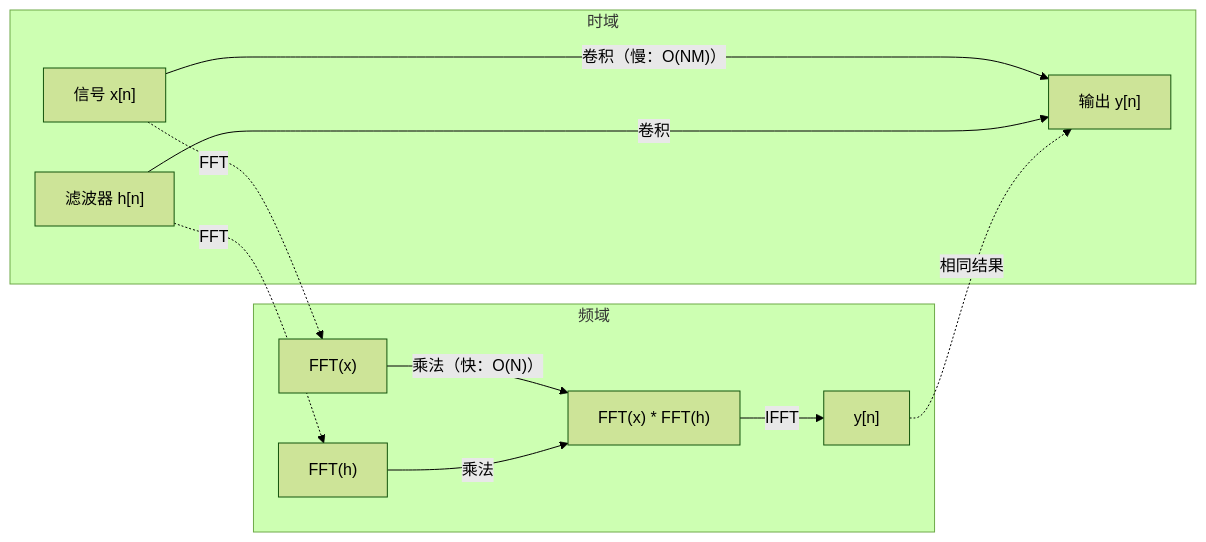
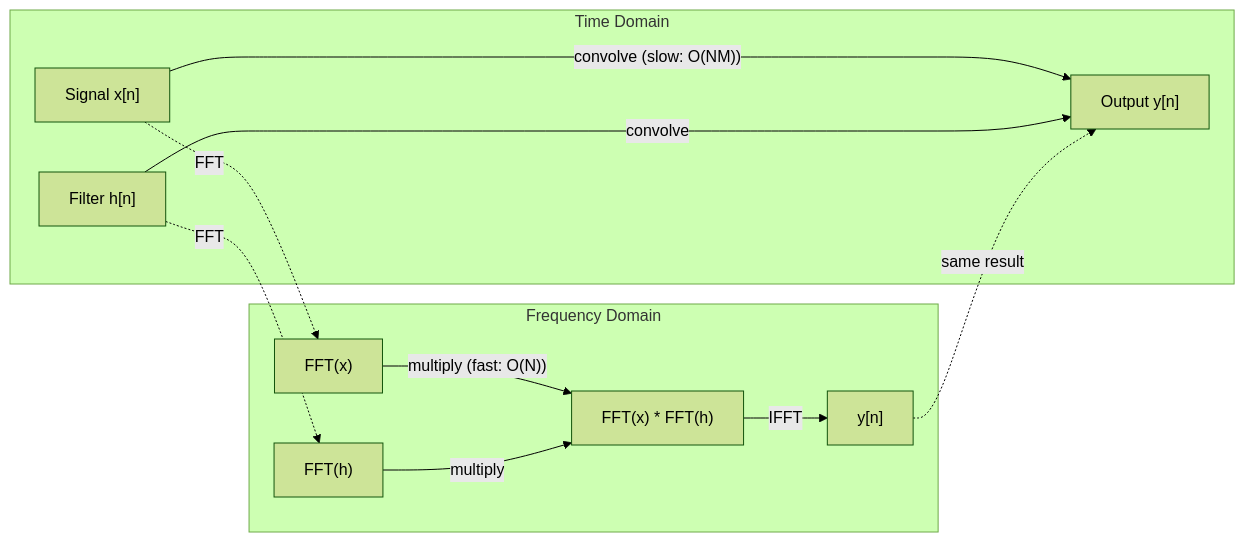
The second of 2 diagrams in i18n/zh/phases/01-math-foundations/20-fourier-transform/docs/zh.md (xiaojiaenen/ai-engineering-from-scratch-zh), drawn with Mermaid (forest theme) before and after one commit. The commit also changed other lines of this file and 22 other files, not shown here.

````diff
--- a/i18n/zh/phases/01-math-foundations/20-fourier-transform/docs/zh.md
+++ b/i18n/zh/phases/01-math-foundations/20-fourier-transform/docs/zh.md
@@ -155,15 +155,15 @@
 ```mermaid
 graph LR
-    subgraph "时域"
-        TA["信号 x[n]"] -->|"卷积（慢：O(NM)）"| TC["输出 y[n]"]
-        TB["滤波器 h[n]"] -->|"卷积"| TC
+    subgraph "Time Domain"
+        TA["Signal x[n]"] -->|"convolve (slow: O(NM))"| TC["Output y[n]"]
+        TB["Filter h[n]"] -->|"convolve"| TC
     end
-    subgraph "频域"
-        FA["FFT(x)"] -->|"乘法（快：O(N)）"| FC["FFT(x) * FFT(h)"]
-        FB["FFT(h)"] -->|"乘法"| FC
+    subgraph "Frequency Domain"
+        FA["FFT(x)"] -->|"multiply (fast: O(N))"| FC["FFT(x) * FFT(h)"]
+        FB["FFT(h)"] -->|"multiply"| FC
         FC -->|"IFFT"| FD["y[n]"]
     end
     TA -.->|"FFT"| FA
     TB -.->|"FFT"| FB
-    FD -.->|"相同结果"| TC
+    FD -.->|"same result"| TC
 ```
````
